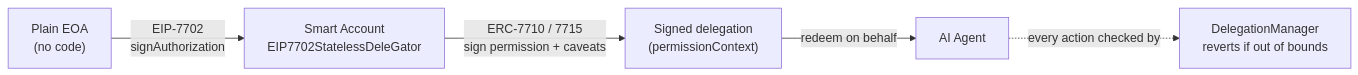
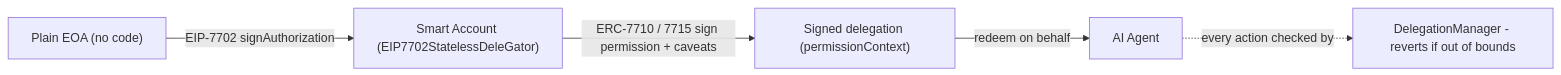
Before and after one commit to ClovaRepo/frontend: the first of 3 diagrams in docs/delegation.md, drawn with Mermaid. The commit also changed other lines of this file and 8 other files, not shown here.

First line of the commit message:
docs: harden mermaid for GitBook renderer

````diff
--- a/docs/delegation.md
+++ b/docs/delegation.md
@@ -22,7 +22,7 @@
 ```mermaid
 flowchart LR
-  EOA["Plain EOA<br/>(no code)"] -->|"EIP-7702<br/>signAuthorization"| SA["Smart Account<br/>EIP7702StatelessDeleGator"]
-  SA -->|"ERC-7710 / 7715<br/>sign permission + caveats"| DEL["Signed delegation<br/>(permissionContext)"]
-  DEL -->|"redeem on behalf"| AGENT["AI Agent"]
-  AGENT -.->|"every action checked by"| DM["DelegationManager<br/>reverts if out of bounds"]
+  EOA["Plain EOA (no code)"] -->|"EIP-7702 signAuthorization"| SA["Smart Account (EIP7702StatelessDeleGator)"]
+  SA -->|"ERC-7710 / 7715 sign permission + caveats"| DEL["Signed delegation (permissionContext)"]
+  DEL -->|redeem on behalf| AGENT["AI Agent"]
+  AGENT -.->|every action checked by| DM["DelegationManager - reverts if out of bounds"]
 ```
````
